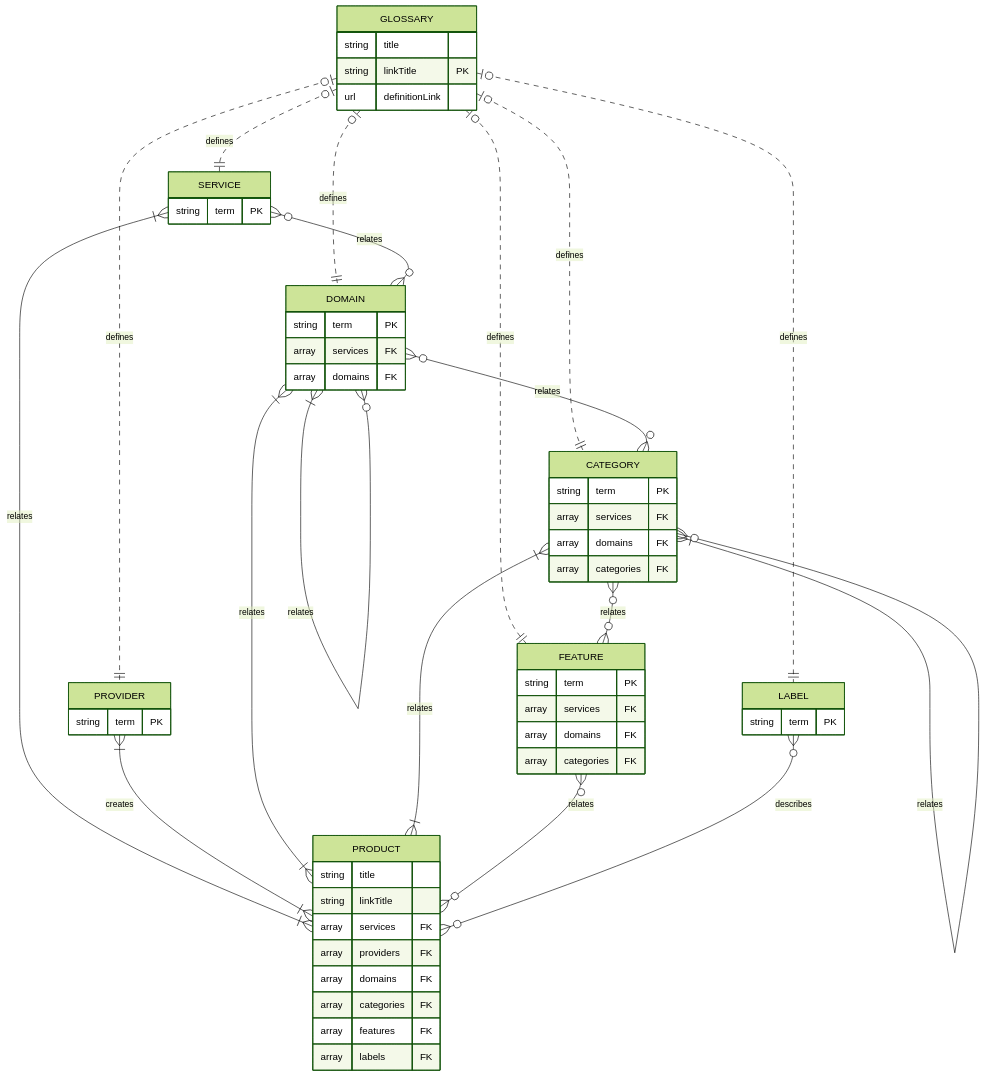
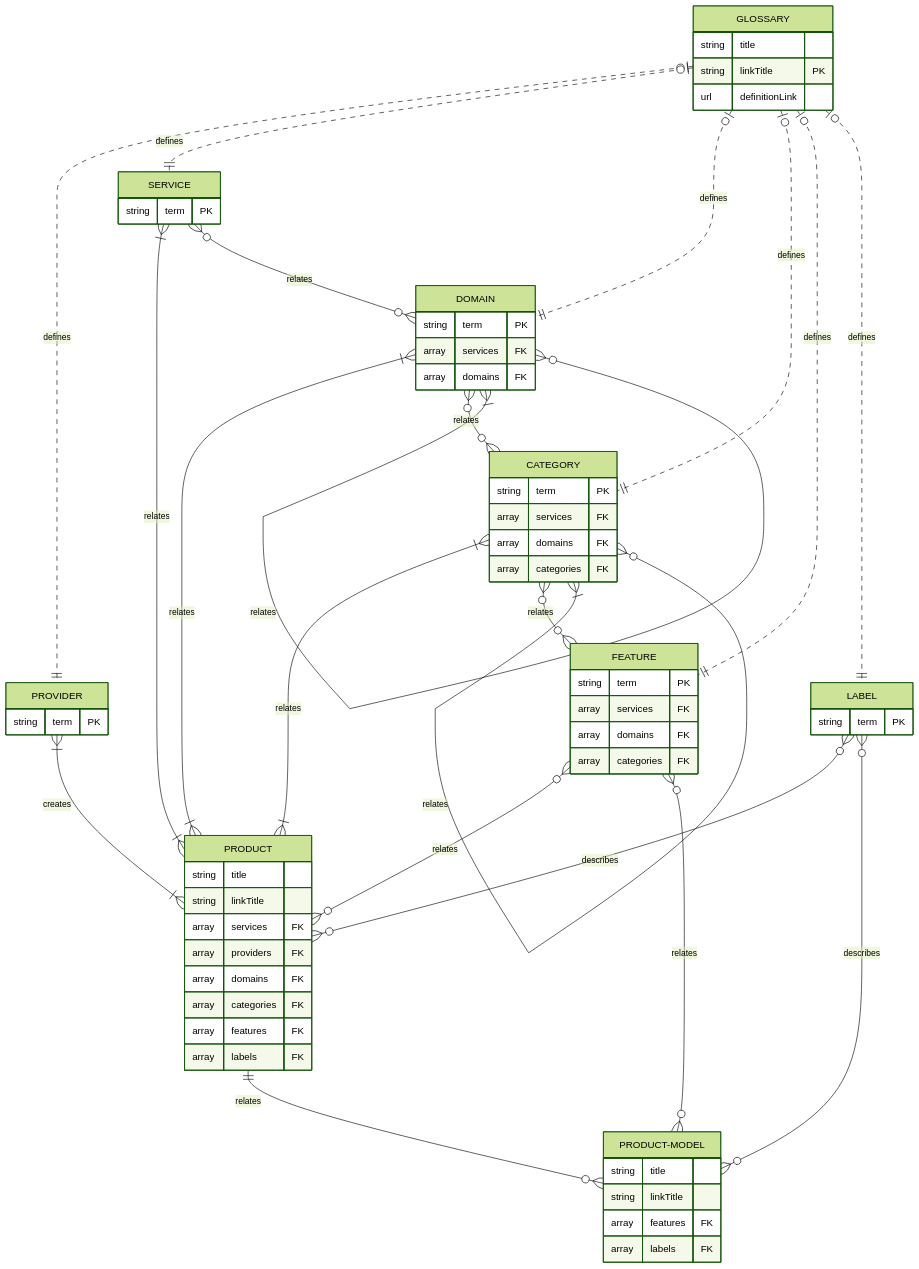
One commit to lexical-cloud/lexical-cloud-docs changed the third of 4 diagrams in en/pages/data-model.md. Above: the diagram before and after it, drawn with Mermaid (forest theme). The commit also changed other lines of this file, not shown here.

Commit message:
added product model to data model page

````diff
--- a/en/pages/data-model.md
+++ b/en/pages/data-model.md
@@ -125,61 +156,70 @@
 ```mermaid
 erDiagram
     GLOSSARY |o..|| PROVIDER : defines
     GLOSSARY |o..|| SERVICE : defines
     GLOSSARY |o..|| DOMAIN : defines
     GLOSSARY |o..|| CATEGORY : defines
     GLOSSARY |o..|| FEATURE : defines
     GLOSSARY |o..|| LABEL : defines
     GLOSSARY {
         string title
         string linkTitle PK
         url definitionLink
     }
     SERVICE }|--|{ PRODUCT : relates
     SERVICE }o--o{ DOMAIN : relates
     SERVICE {
         string term PK
     }
     PROVIDER }|--|{ PRODUCT : creates
     PROVIDER {
         string term PK
     }
     DOMAIN }|--|{ PRODUCT : relates
     DOMAIN }o--o{ CATEGORY : relates
     DOMAIN }|--o{ DOMAIN : relates
     DOMAIN {
         string term PK
         array services FK
         array domains FK
     }
     CATEGORY }|--|{ PRODUCT : relates 
     CATEGORY }o--o{ FEATURE : relates
     CATEGORY }|--o{ CATEGORY: relates
     CATEGORY {
         string term PK
         array services FK
         array domains FK
         array categories FK
     }
     FEATURE }o--o{ PRODUCT : relates 
+    FEATURE }o--o{ PRODUCT-MODEL : relates 
     FEATURE {
         string term PK
         array services FK
         array domains FK
         array categories FK
     }
     LABEL }o--o{ PRODUCT : describes
+    LABEL }o--o{ PRODUCT-MODEL : describes
     LABEL {
         string term PK
     }
     PRODUCT {
         string title
         string linkTitle
         array services FK
         array providers FK
         array domains FK
         array categories FK
         array features FK
         array labels FK
     }
+    PRODUCT ||--o{ PRODUCT-MODEL : relates
+    PRODUCT-MODEL {
+        string title
+        string linkTitle
+        array features FK
+        array labels FK
+    }
 ```
````
